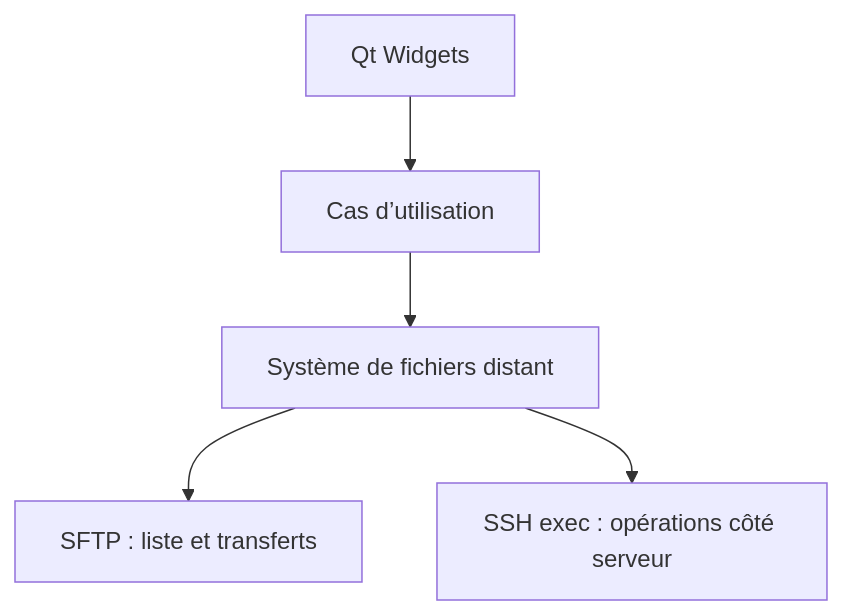
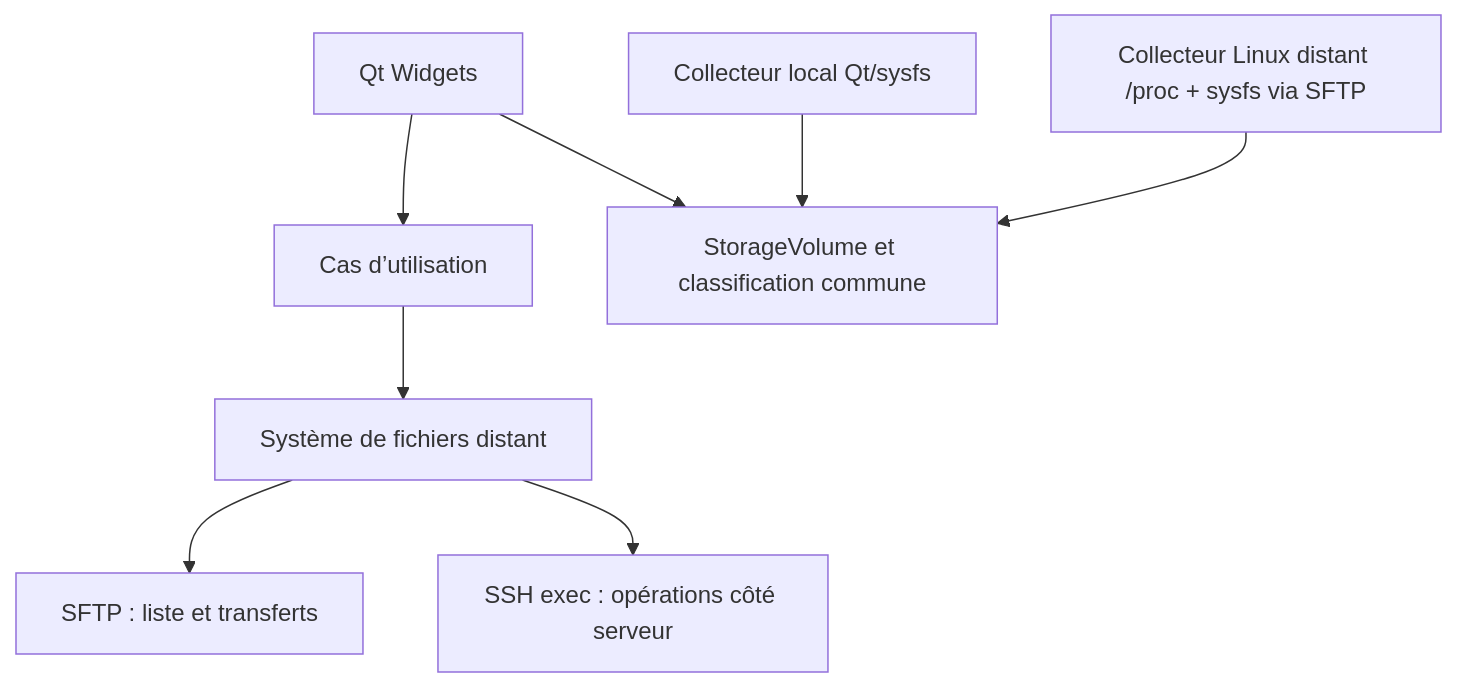
One commit to legab06/RemoteFileManager changed the diagram in docs/architecture.md. Above: the diagram before and after it, drawn with Mermaid. The commit also changed other lines of this file and 27 other files, not shown here.

````diff
--- a/docs/architecture.md
+++ b/docs/architecture.md
@@ -16,7 +16,10 @@
 ```mermaid
 flowchart TD
     UI["Qt Widgets"] --> UC["Cas d’utilisation"]
     UC --> FS["Système de fichiers distant"]
     FS --> SFTP["SFTP : liste et transferts"]
     FS --> EXEC["SSH exec : opérations côté serveur"]
+    UI --> STORAGE["StorageVolume et classification commune"]
+    LOCAL["Collecteur local Qt/sysfs"] --> STORAGE
+    REMOTE["Collecteur Linux distant /proc + sysfs via SFTP"] --> STORAGE
 ```
````
